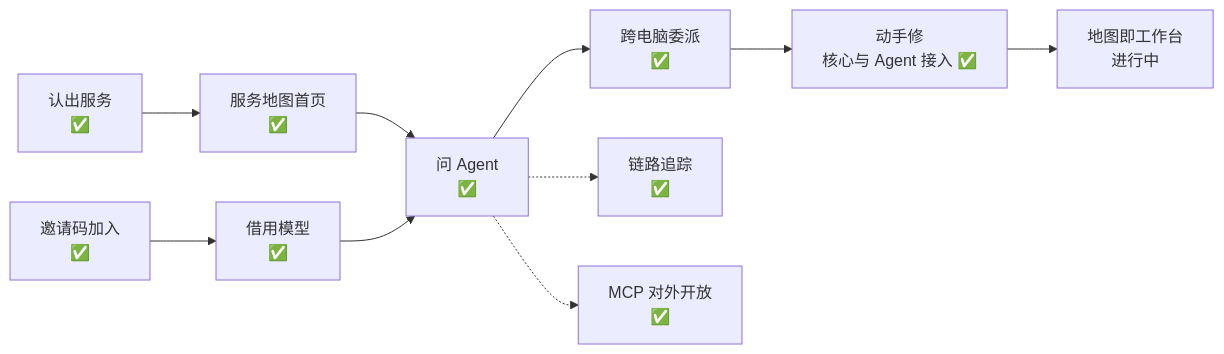
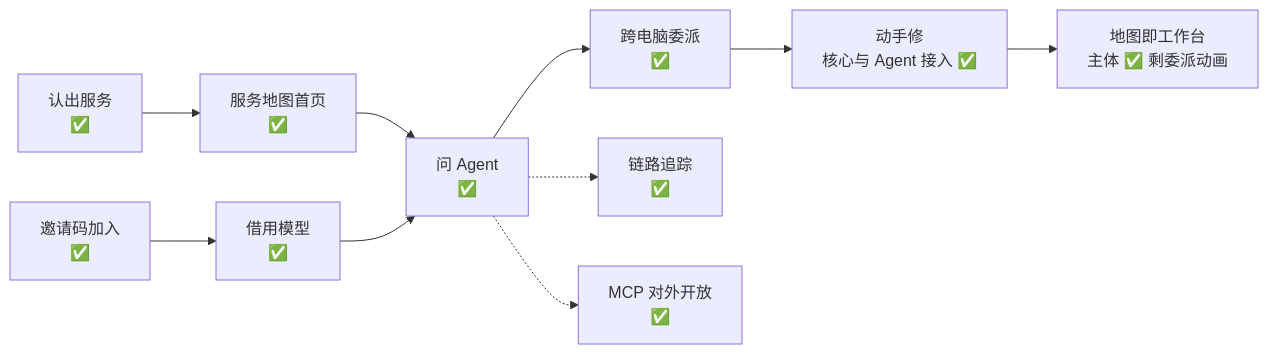
Before and after one commit to Sugarfarmeriod/TunnelMinion: the diagram in docs/project/roadmap.md, drawn with Mermaid. The commit also changed other lines of this file, not shown here.

Commit message:
docs: 路线图记录地图即工作台前四个 PR 的交付与剩余事项

````diff
--- a/docs/project/roadmap.md
+++ b/docs/project/roadmap.md
@@ -15,12 +15,12 @@
 ```mermaid
 flowchart LR
     S["认出服务<br/>✅"] --> M["服务地图首页<br/>✅"]
     M --> Q["问 Agent<br/>✅"]
     Q --> D["跨电脑委派<br/>✅"]
     D --> R["动手修<br/>核心与 Agent 接入 ✅"]
-    R --> W["地图即工作台<br/>进行中"]
+    R --> W["地图即工作台<br/>主体 ✅ 剩委派动画"]
     J["邀请码加入<br/>✅"] --> B["借用模型<br/>✅"]
     B --> Q
     Q -.-> O["链路追踪<br/>✅"]
     Q -.-> X["MCP 对外开放<br/>✅"]
 ```
````
